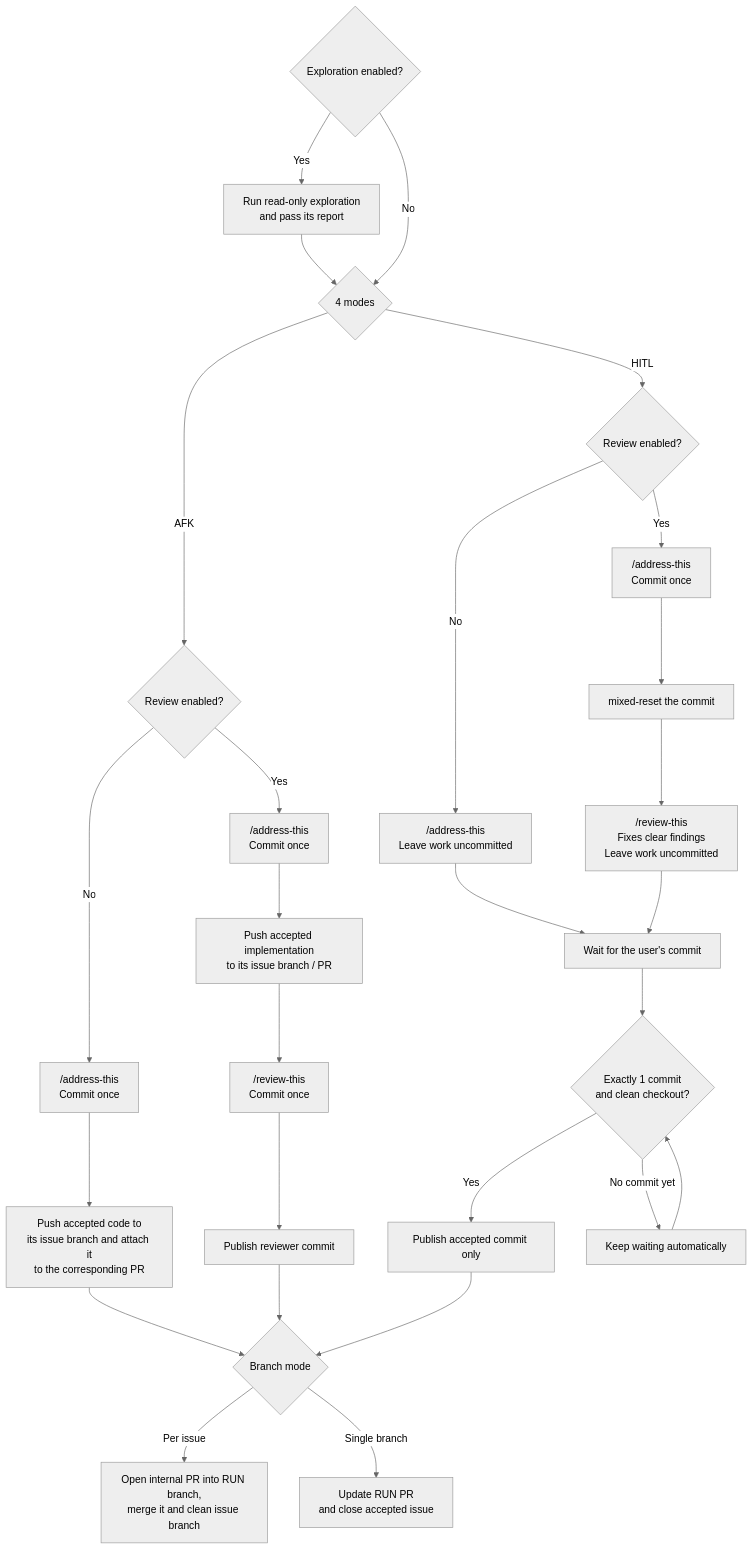
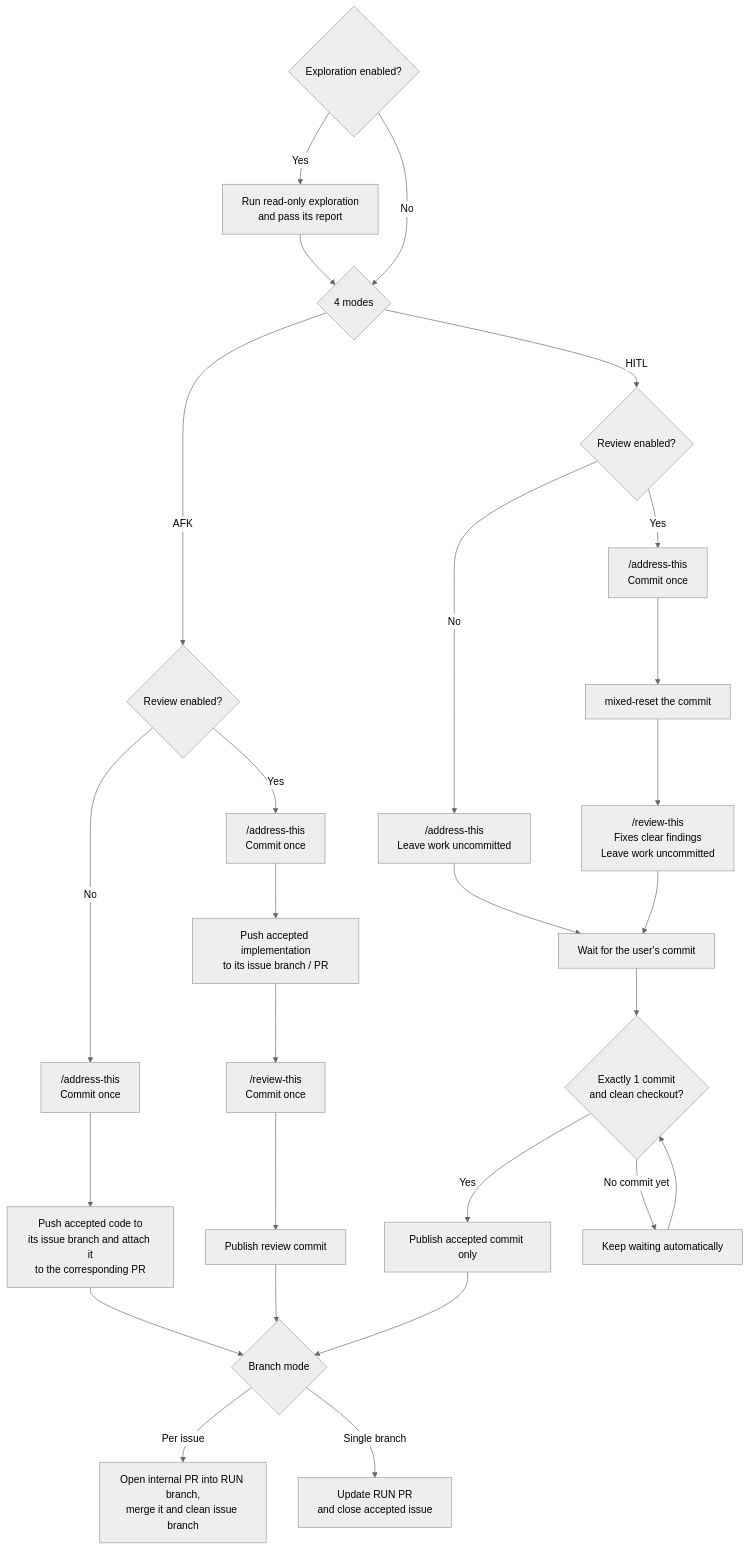
One commit to EmilienxD/harness changed the second of 2 diagrams in apps/aboard/README.md. Above: the diagram before and after it, drawn with Mermaid (neutral theme). The commit also changed other lines of this file and 84 other files, not shown here.

````diff
--- a/apps/aboard/README.md
+++ b/apps/aboard/README.md
@@ -61,33 +61,33 @@
 ```mermaid
 flowchart TD
     EXPLORE{Exploration enabled?}
     EXPLORE -->|Yes| X[Run read-only exploration<br/>and pass its report]
     EXPLORE -->|No| MODE{4 modes}
     X --> MODE
 
     MODE -->|AFK| AFK{Review enabled?}
     AFK -->|No| A0["/address-this<br/>Commit once"]
     AFK -->|Yes| A1["/address-this<br/>Commit once"]
     A1 --> APUB[Push accepted implementation<br/>to its issue branch / PR]
     APUB --> AR["/review-this<br/>Commit once"]
-    AR --> ARPUB[Publish reviewer commit]
+    AR --> ARPUB[Publish review commit]
 
     MODE -->|HITL| HITL{Review enabled?}
     HITL -->|No| H0["/address-this<br/>Leave work uncommitted"]
     HITL -->|Yes| H1["/address-this<br/>Commit once"]
     H1 --> RESET[mixed-reset the commit]
     RESET --> HR["/review-this<br/>Fixes clear findings<br/>Leave work uncommitted"]
     H0 --> WAIT[Wait for the user's commit]
     HR --> WAIT
     WAIT --> HUMAN{Exactly 1 commit<br/>and clean checkout?}
     HUMAN -->|Yes| HPUB[Publish accepted commit only]
     HUMAN -->|No commit yet| WAITING[Keep waiting automatically]
     WAITING --> HUMAN
 
     A0 --> PUB[Push accepted code to<br/>its issue branch and attach it<br/>to the corresponding PR]
     PUB --> INTEGRATE{Branch mode}
     HPUB --> INTEGRATE
     ARPUB --> INTEGRATE
     INTEGRATE -->|Per issue| ISSUE[Open internal PR into RUN branch,<br/>merge it and clean issue branch]
     INTEGRATE -->|Single branch| SINGLE[Update RUN PR<br/>and close accepted issue]
 ```
````
